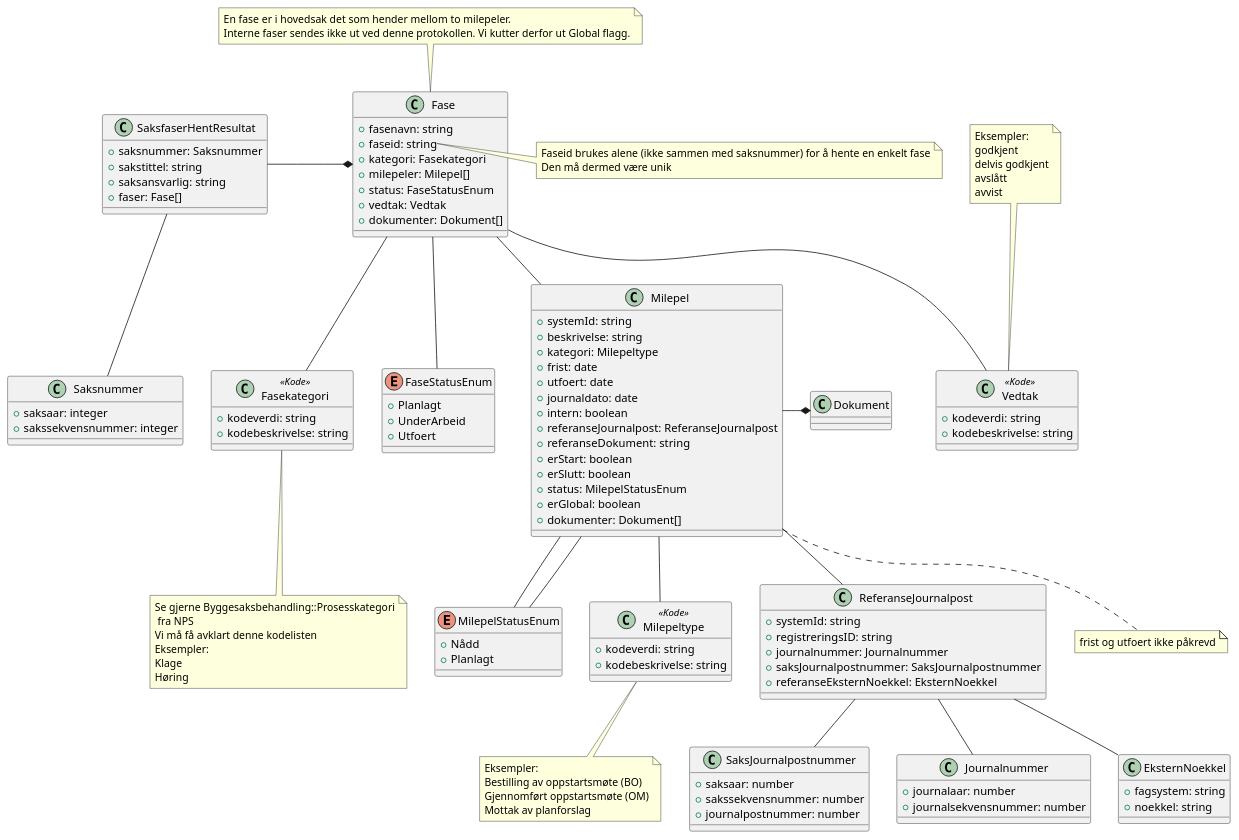
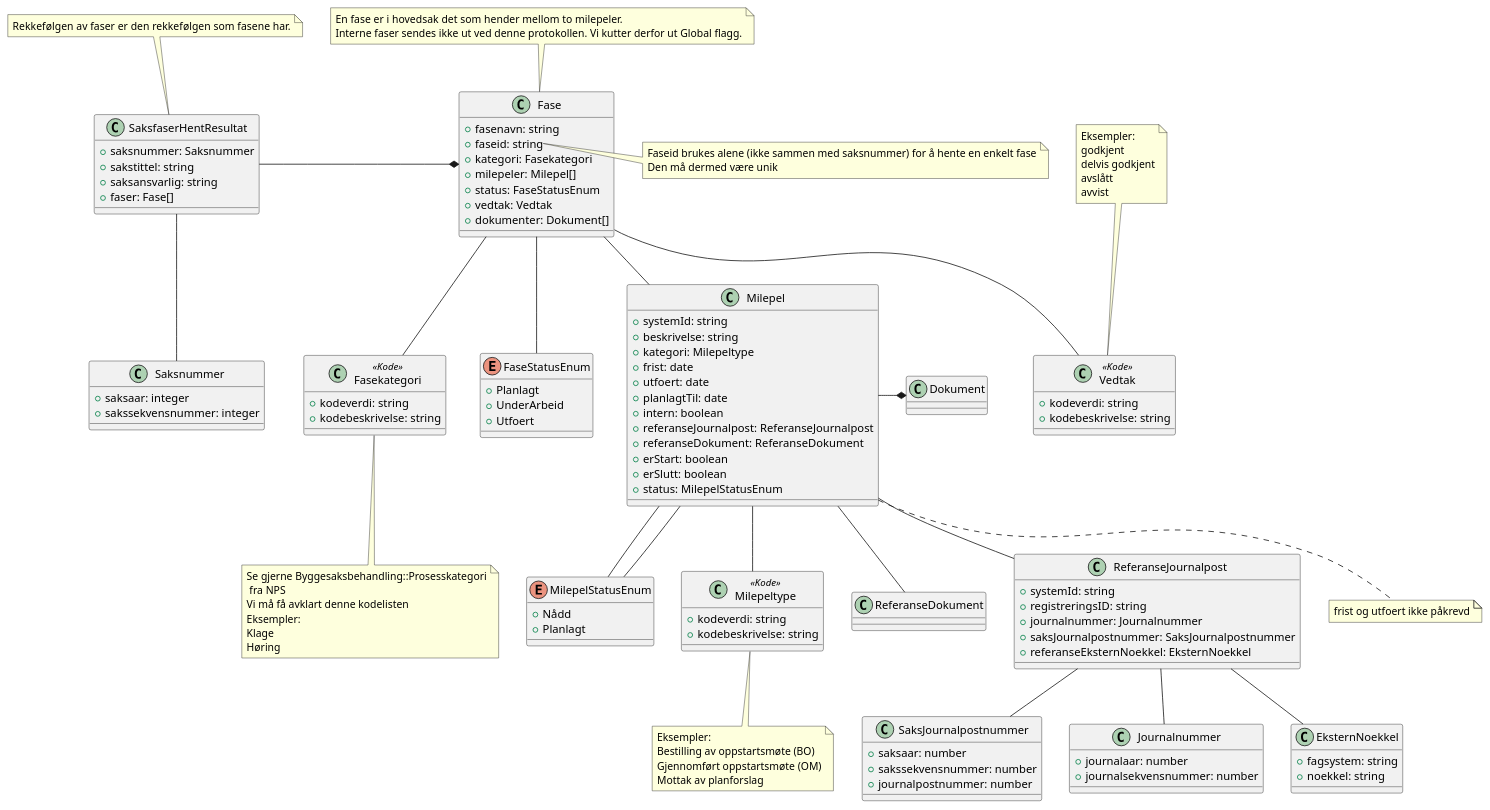
The diagram in Dokumentasjon/V1/ClassDiagrams/no.ks.fiks.saksfaser.v1.saksfaser.hent.resultat/classdiagram.pu (ks-no/fiks-saksfaser-specification), drawn with PlantUML before and after one commit. The commit also changed 6 other files, not shown here.

```diff
--- a/Dokumentasjon/V1/ClassDiagrams/no.ks.fiks.saksfaser.v1.saksfaser.hent.resultat/classdiagram.pu
+++ b/Dokumentasjon/V1/ClassDiagrams/no.ks.fiks.saksfaser.v1.saksfaser.hent.resultat/classdiagram.pu
@@ -1,128 +1,128 @@
 @startuml
 class SaksfaserHentResultat {
     +saksnummer: Saksnummer
     +sakstittel: string
     +saksansvarlig: string
     +faser: Fase[]
 }
 
 SaksfaserHentResultat -* Fase
 SaksfaserHentResultat -- Saksnummer
 
+note top of SaksfaserHentResultat : Rekkefølgen av faser er den rekkefølgen som fasene har.
 note top of Fase : En fase er i hovedsak det som hender mellom to milepeler.\nInterne faser sendes ikke ut ved denne protokollen. Vi kutter derfor ut Global flagg. 
 
 class Fase {
     +fasenavn: string
     +faseid: string
     +kategori: Fasekategori
     +milepeler: Milepel[]
     +status: FaseStatusEnum
     +vedtak: Vedtak
     +dokumenter: Dokument[]
 }
 
 note right of Fase::faseid
     Faseid brukes alene (ikke sammen med saksnummer) for å hente en enkelt fase
     Den må dermed være unik 
 end note
 
 class Fasekategori <<Kode>> {
     +kodeverdi: string
     +kodebeskrivelse: string
 }
 
 note bottom of Fasekategori : Se gjerne Byggesaksbehandling::Prosesskategori\n fra NPS\nVi må få avklart denne kodelisten\nEksempler:\nKlage\nHøring 
 
 
 Fase -- Fasekategori
 Fase -- Vedtak
 
 note top of Vedtak : Eksempler:\ngodkjent\ndelvis godkjent\navslått\navvist 
 
 class Vedtak <<Kode>> {
     +kodeverdi: string
     +kodebeskrivelse: string
 }
 
 Fase -- FaseStatusEnum
 
 enum FaseStatusEnum {
     +Planlagt
     +UnderArbeid
     +Utfoert
 }
 
 Fase -- Milepel
 
 note bottom of Milepel: frist og utfoert ikke påkrevd
 
 class Milepel {
     +systemId: string
     +beskrivelse: string
     +kategori: Milepeltype
     +frist: date
     +utfoert: date
-    +journaldato: date
+    +planlagtTil: date
     +intern: boolean
     +referanseJournalpost: ReferanseJournalpost
-    +referanseDokument: string
+    +referanseDokument: ReferanseDokument
     +erStart: boolean
     +erSlutt: boolean
     +status: MilepelStatusEnum
-    +erGlobal: boolean
-    +dokumenter: Dokument[]
 }
 
 Milepel -- MilepelStatusEnum
 Milepel -- Milepeltype
+Milepel -- ReferanseDokument
 
 note bottom of Milepeltype : Eksempler: \nBestilling av oppstartsmøte (BO)\nGjennomført oppstartsmøte (OM)\nMottak av planforslag
  
 Milepel -- ReferanseJournalpost
  
 class ReferanseJournalpost {
     +systemId: string
     +registreringsID: string
     +journalnummer: Journalnummer
     +saksJournalpostnummer: SaksJournalpostnummer
     +referanseEksternNoekkel: EksternNoekkel
 }
 
 Milepel -- MilepelStatusEnum
 Milepel -* Dokument
 ReferanseJournalpost -- EksternNoekkel
 ReferanseJournalpost -- SaksJournalpostnummer
 ReferanseJournalpost -- Journalnummer
 
 class SaksJournalpostnummer {
     +saksaar: number
     +sakssekvensnummer: number
     +journalpostnummer: number
 }
 
 class Journalnummer {
     +journalaar: number
     +journalsekvensnummer: number
 }
 
 class EksternNoekkel {
     +fagsystem: string
     +noekkel: string
 }
 
 class Milepeltype <<Kode>> {
     +kodeverdi: string
     +kodebeskrivelse: string
 }
 
 enum MilepelStatusEnum {
     +Nådd
     +Planlagt
 }
 
 class Saksnummer {
     +saksaar: integer
     +sakssekvensnummer: integer 
 }
 
 @enduml
```
